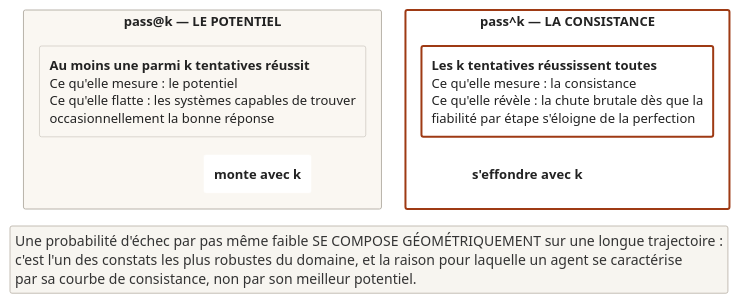
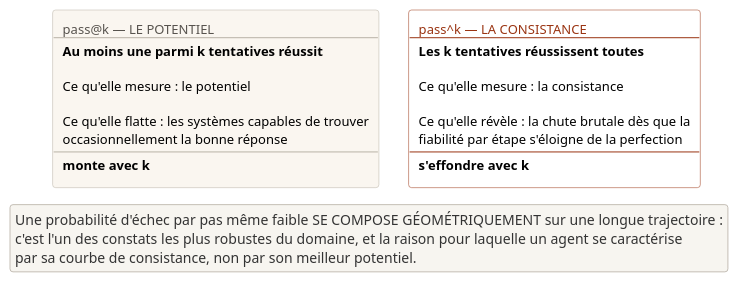
The diagram in 1 - Compendium 2026/Diagrammes/Figure-06.4 - Potentiel contre consistance - deux métriques dont la confusion.puml (agbruneau/Agentique), drawn with PlantUML before and after one commit. The commit also changed 270 other files, not shown here.

First line of the commit message:
Audit approfondi et corrections finales Markdown et diagrammes des 6 ouvrages

```diff
--- a/1 - Compendium 2026/Diagrammes/Figure-06.4 - Potentiel contre consistance - deux métriques dont la confusion.puml
+++ b/1 - Compendium 2026/Diagrammes/Figure-06.4 - Potentiel contre consistance - deux métriques dont la confusion.puml
@@ -4,80 +4,48 @@
 @startuml
 top to bottom direction
-hide stereotype
-skinparam packageStyle rectangle
-skinparam backgroundColor #FFFFFF
+skinparam shadowing false
+skinparam roundcorner 6
 skinparam defaultFontName "Segoe UI"
 skinparam defaultFontSize 13
-skinparam shadowing false
-skinparam roundCorner 4
+skinparam backgroundColor #FFFFFF
 skinparam nodesep 30
 skinparam ranksep 18
-
-skinparam package {
-  BackgroundColor #FFFFFF
-  BorderColor #FFFFFF
-  FontColor #555555
-  FontStyle bold
-}
-
-skinparam package<<accent>> {
-  BackgroundColor #FFFFFF
-  BorderColor #FFFFFF
-  FontColor #9E3A14
-  FontStyle bold
-}
-
-skinparam rectangle {
-  BackgroundColor #FAF7F2
-  BorderColor #B8B3AA
-  FontColor #222222
-}
-
-skinparam rectangle<<accent>> {
-  BackgroundColor #FFFFFF
-  BorderColor #9E3A14
-  BorderThickness 2
-  FontColor #222222
-}
-
-skinparam rectangle<<sub>> {
-  BackgroundColor #FFFFFF
-  BorderColor #FFFFFF
-  FontColor #222222
-}
 
 skinparam legendBackgroundColor #F7F5F0
 skinparam legendBorderColor #C4BEB5
 skinparam legendFontColor #333333
 
-package "pass@k — LE POTENTIEL" as P_LEFT {
-  rectangle L_BOX [
-    <b>Au moins une parmi k tentatives réussit</b>
-    Ce qu'elle mesure : le potentiel
-    Ce qu'elle flatte : les systèmes capables de trouver
-    occasionnellement la bonne réponse
-  ]
-  rectangle "<b>monte avec k</b>" as L_SUB <<sub>>
-  L_BOX -[hidden]down- L_SUB
-}
+rectangle C1 #FAF6F0;line:B8B2A6 [
+  <color:#57534E>pass@k — LE POTENTIEL</color>
+  ----
+  <b>Au moins une parmi k tentatives réussit</b>
 
-package "pass^k — LA CONSISTANCE" as P_RIGHT <<accent>> {
-  rectangle R_BOX <<accent>> [
-    <b>Les k tentatives réussissent toutes</b>
-    Ce qu'elle mesure : la consistance
-    Ce qu'elle révèle : la chute brutale dès que la
-    fiabilité par étape s'éloigne de la perfection
-  ]
-  rectangle "<b>s'effondre avec k</b>" as R_SUB <<sub>>
-  R_BOX -[hidden]down- R_SUB
-}
+  Ce qu'elle mesure : le potentiel
 
-L_BOX -[hidden]right- R_BOX
-L_SUB -[hidden]right- R_SUB
+  Ce qu'elle flatte : les systèmes capables de trouver
+  occasionnellement la bonne réponse
+  ----
+  <b>monte avec k</b>
+]
+
+rectangle C2 #FFFFFF;line:9A3412 [
+  <color:#9A3412>pass^k — LA CONSISTANCE</color>
+  ----
+  <b>Les k tentatives réussissent toutes</b>
+
+  Ce qu'elle mesure : la consistance
+
+  Ce qu'elle révèle : la chute brutale dès que la
+  fiabilité par étape s'éloigne de la perfection
+  ----
+  <b>s'effondre avec k</b>
+]
+
+C1 -[hidden]right-> C2
 
 legend
   Une probabilité d'échec par pas même faible SE COMPOSE GÉOMÉTRIQUEMENT sur une longue trajectoire :
   c'est l'un des constats les plus robustes du domaine, et la raison pour laquelle un agent se caractérise
   par sa courbe de consistance, non par son meilleur potentiel.
 endlegend
 @enduml
```
